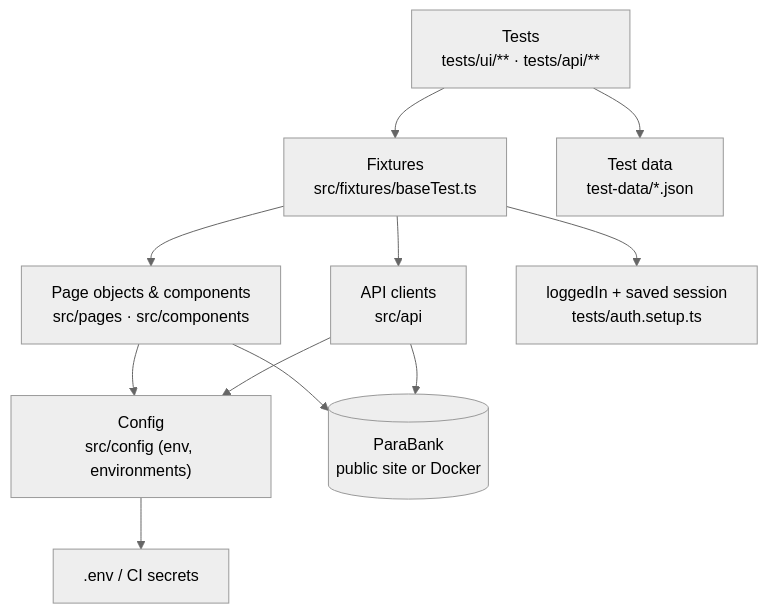
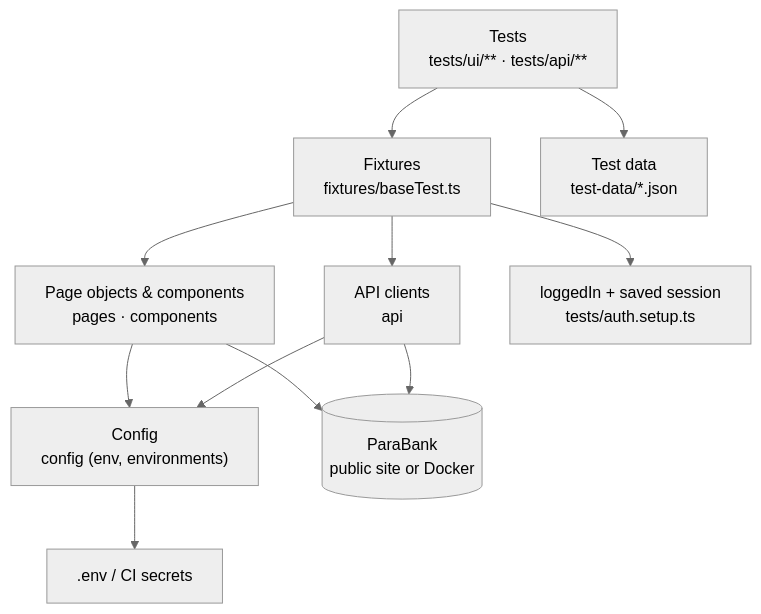
One commit to harimandadi/parabank-ui-api-automation changed the diagram in README.md. Above: the diagram before and after it, drawn with Mermaid (neutral theme). The commit also changed other lines of this file and 46 other files, not shown here.

````diff
--- a/README.md
+++ b/README.md
@@ -68,13 +68,13 @@
 ```mermaid
 flowchart TD
-    T["Tests<br/>tests/ui/** · tests/api/**"] --> F["Fixtures<br/>src/fixtures/baseTest.ts"]
-    F --> P["Page objects & components<br/>src/pages · src/components"]
-    F --> A["API clients<br/>src/api"]
+    T["Tests<br/>tests/ui/** · tests/api/**"] --> F["Fixtures<br/>fixtures/baseTest.ts"]
+    F --> P["Page objects & components<br/>pages · components"]
+    F --> A["API clients<br/>api"]
     F --> L["loggedIn + saved session<br/>tests/auth.setup.ts"]
-    P --> C["Config<br/>src/config (env, environments)"]
+    P --> C["Config<br/>config (env, environments)"]
     A --> C
     T --> D["Test data<br/>test-data/*.json"]
     C --> E[".env / CI secrets"]
     P --> APP[("ParaBank<br/>public site or Docker")]
     A --> APP
 ```
````
